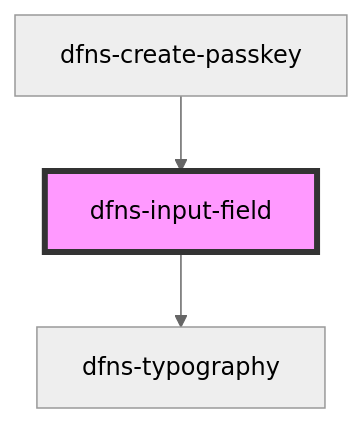
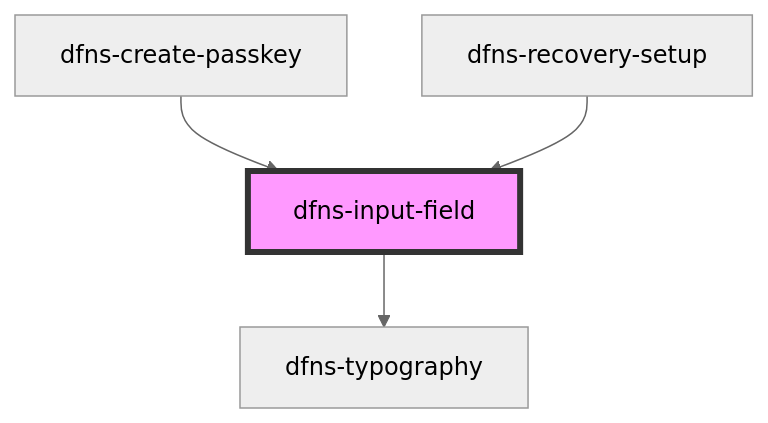
One commit to dfnsext/web-ui changed the diagram in src/components/Elements/Forms/InputField/dfns-input-field/readme.md. Above: the diagram before and after it, drawn with Mermaid (neutral theme). The commit also changed other lines of this file and 22 other files, not shown here.

````diff
--- a/src/components/Elements/Forms/InputField/dfns-input-field/readme.md
+++ b/src/components/Elements/Forms/InputField/dfns-input-field/readme.md
@@ -43,6 +44,7 @@
 ```mermaid
 graph TD;
   dfns-input-field --> dfns-typography
   dfns-create-passkey --> dfns-input-field
+  dfns-recovery-setup --> dfns-input-field
   style dfns-input-field fill:#f9f,stroke:#333,stroke-width:4px
 ```
````
